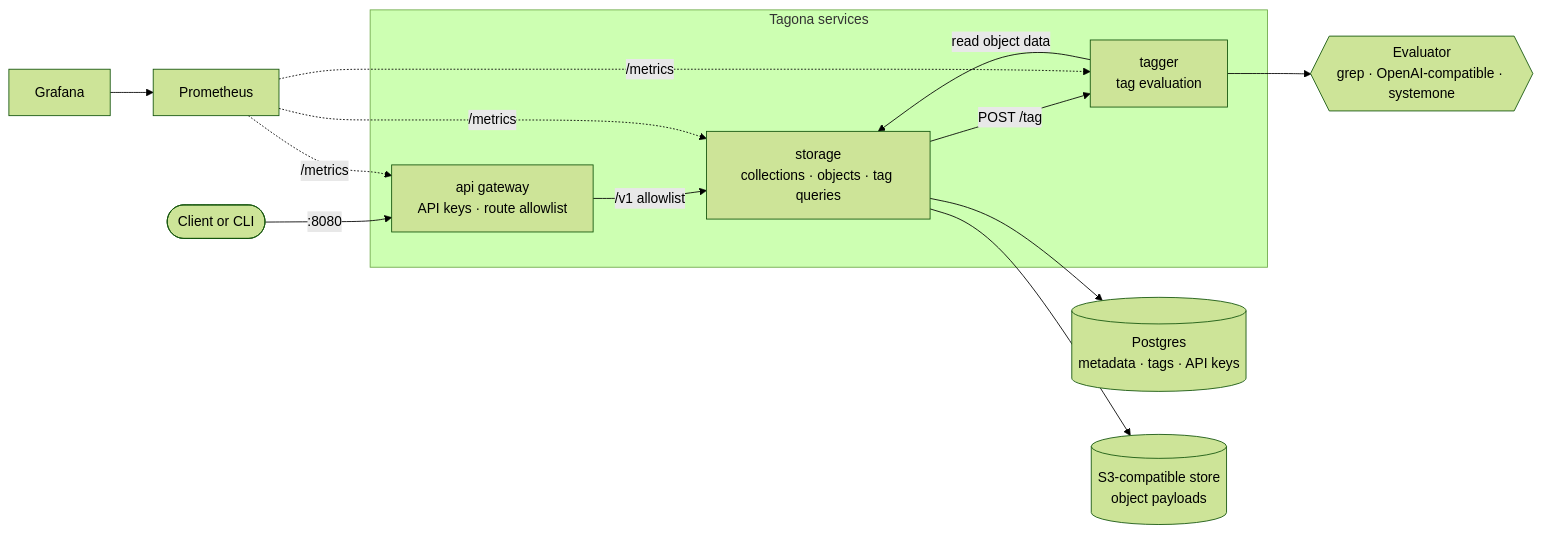
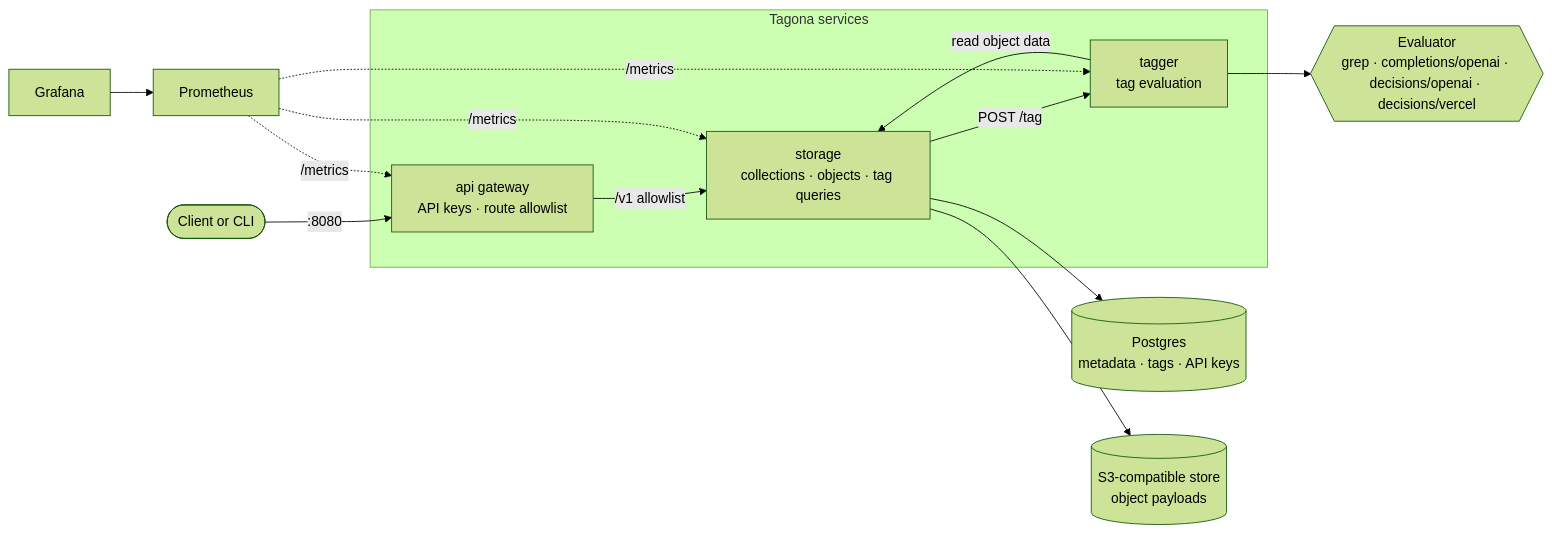
Before and after one commit to MrSydar/tagona: the first of 2 diagrams in README.md, drawn with Mermaid (forest theme). The commit also changed other lines of this file and 20 other files, not shown here.

First line of the commit message:
feat(tagger)!: rename systemone to decisions, add decisions/openai, make the LLM evaluators configurable

````diff
--- a/README.md
+++ b/README.md
@@ -300,25 +297,25 @@
 ```mermaid
 flowchart LR
     client([Client or CLI])
 
     subgraph services [Tagona services]
         api["api gateway<br/>API keys · route allowlist"]
         storage["storage<br/>collections · objects · tag queries"]
         tagger["tagger<br/>tag evaluation"]
     end
 
     pg[("Postgres<br/>metadata · tags · API keys")]
     s3[("S3-compatible store<br/>object payloads")]
-    evaluator{{"Evaluator<br/>grep · OpenAI-compatible · systemone"}}
+    evaluator{{"Evaluator<br/>grep · completions/openai · decisions/openai · decisions/vercel"}}
 
     client -->|":8080"| api
     api -->|"/v1 allowlist"| storage
     storage -->|"POST /tag"| tagger
     tagger -->|"read object data"| storage
     storage --> pg
     storage --> s3
     tagger --> evaluator
 
     prom[Prometheus] -.->|"/metrics"| api & storage & tagger
     grafana[Grafana] --> prom
 ```
````
